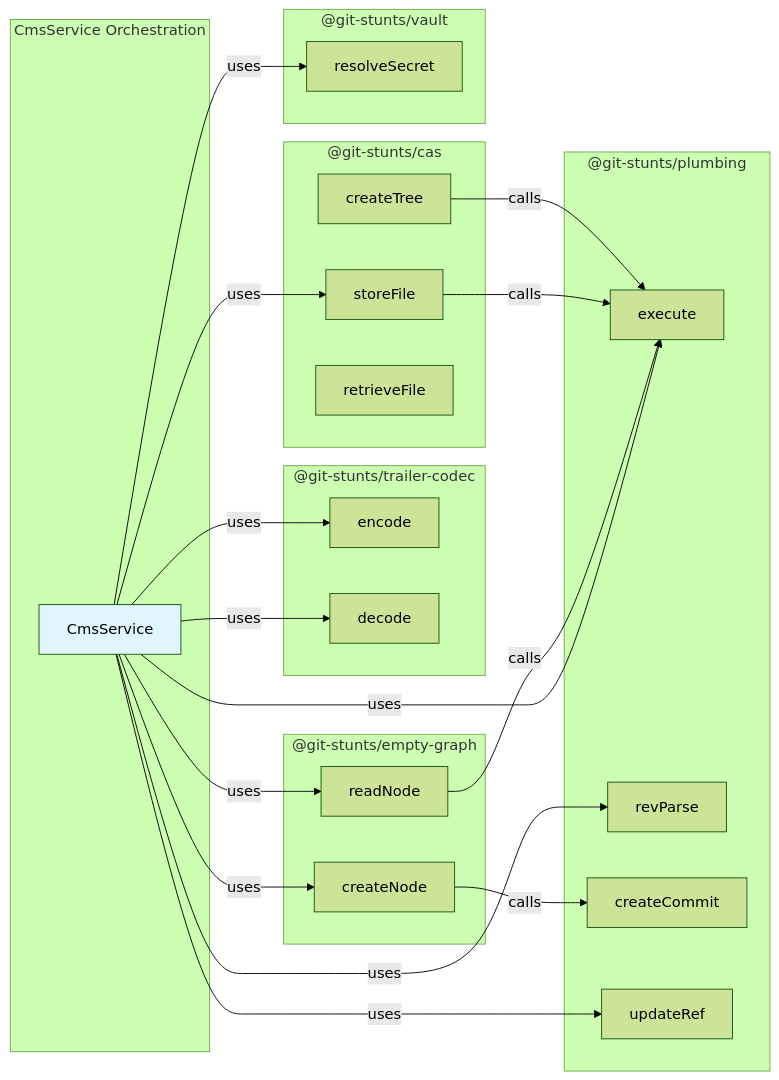
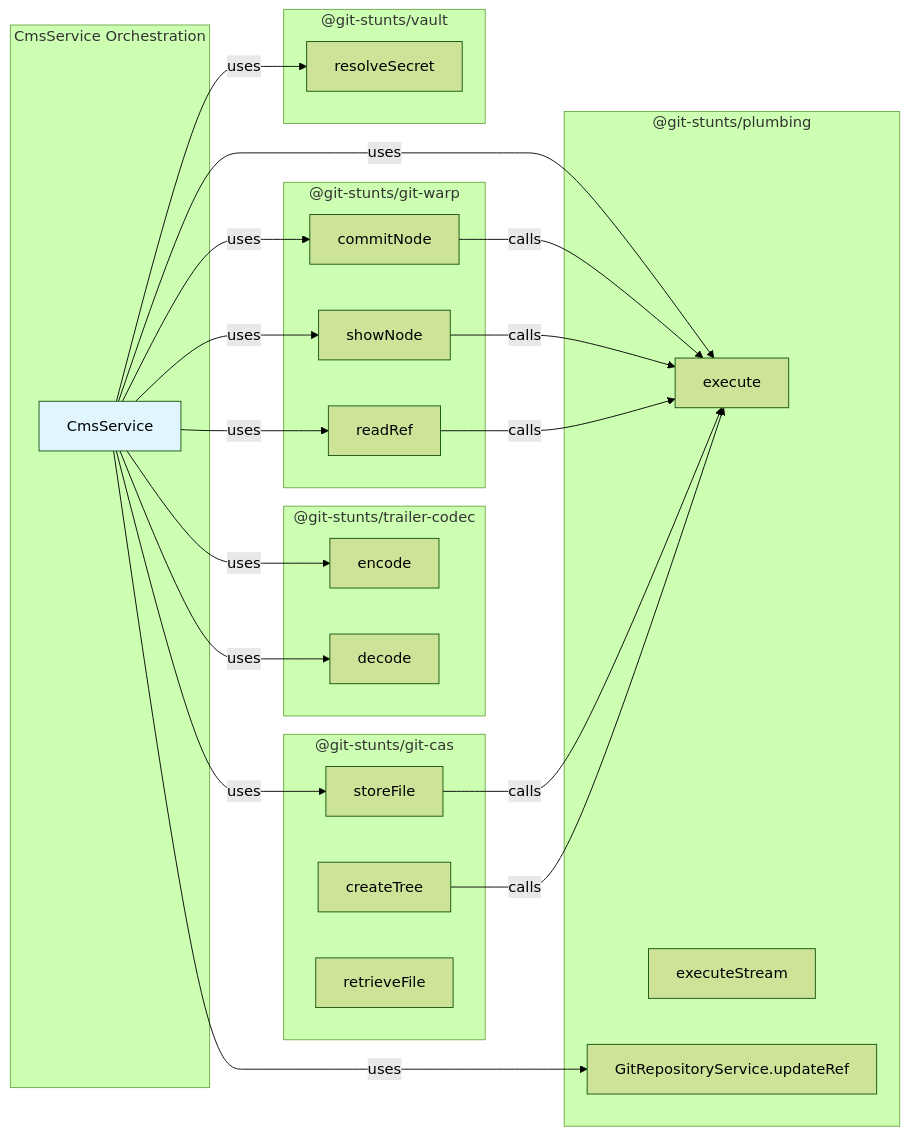
The third of 14 diagrams in docs/ADR.md (flyingrobots/git-cms), drawn with Mermaid (forest theme) before and after one commit. The commit also changed other lines of this file and 22 other files, not shown here.

````diff
--- a/docs/ADR.md
+++ b/docs/ADR.md
@@ -312,50 +312,51 @@
 ```mermaid
 graph LR
     subgraph "CmsService Orchestration"
         CMS[CmsService]
     end
 
     subgraph "@git-stunts/plumbing"
         PL_Exec[execute]
-        PL_Rev[revParse]
-        PL_Commit[createCommit]
-        PL_Ref[updateRef]
+        PL_Stream[executeStream]
+        PL_Repo[GitRepositoryService.updateRef]
     end
 
     subgraph "@git-stunts/trailer-codec"
         TC_Encode[encode]
         TC_Decode[decode]
     end
 
-    subgraph "@git-stunts/empty-graph"
-        EG_Create[createNode]
-        EG_Read[readNode]
+    subgraph "@git-stunts/git-warp"
+        EG_Commit[commitNode]
+        EG_Show[showNode]
+        EG_ReadRef[readRef]
     end
 
-    subgraph "@git-stunts/cas"
+    subgraph "@git-stunts/git-cas"
         CAS_Store[storeFile]
         CAS_Tree[createTree]
         CAS_Retrieve[retrieveFile]
     end
 
     subgraph "@git-stunts/vault"
         V_Resolve[resolveSecret]
     end
 
     CMS -->|uses| PL_Exec
-    CMS -->|uses| PL_Rev
-    CMS -->|uses| PL_Ref
+    CMS -->|uses| PL_Repo
     CMS -->|uses| TC_Encode
     CMS -->|uses| TC_Decode
-    CMS -->|uses| EG_Create
-    CMS -->|uses| EG_Read
+    CMS -->|uses| EG_Commit
+    CMS -->|uses| EG_Show
+    CMS -->|uses| EG_ReadRef
     CMS -->|uses| CAS_Store
     CMS -->|uses| V_Resolve
 
-    EG_Create -->|calls| PL_Commit
-    EG_Read -->|calls| PL_Exec
+    EG_Commit -->|calls| PL_Exec
+    EG_Show -->|calls| PL_Exec
+    EG_ReadRef -->|calls| PL_Exec
     CAS_Store -->|calls| PL_Exec
     CAS_Tree -->|calls| PL_Exec
 
     style CMS fill:#e1f5ff
 ```
````
